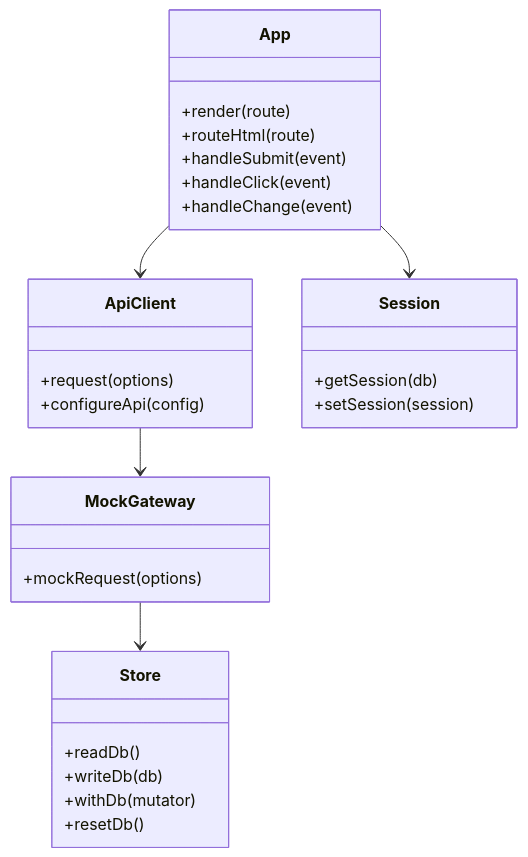
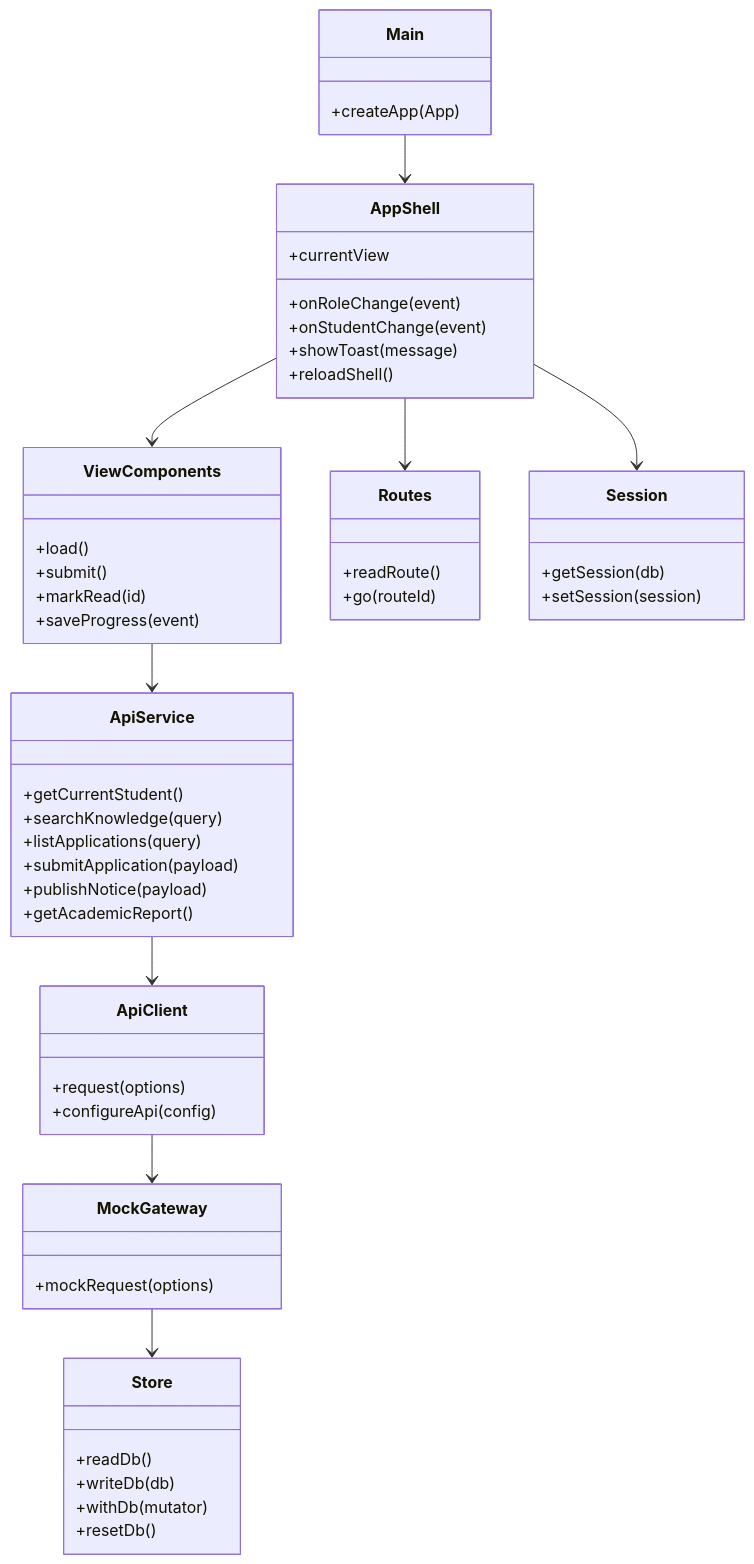
Diagram 14 of 18 in docs/software-design-specification.md (Mortpwr/software_team), drawn with Mermaid before and after one commit. The commit also changed other lines of this file, not shown here.

````diff
--- a/docs/software-design-specification.md
+++ b/docs/software-design-specification.md
@@ -675,36 +686,65 @@
 ```mermaid
 classDiagram
-    class App {
-        +render(route)
-        +routeHtml(route)
-        +handleSubmit(event)
-        +handleClick(event)
-        +handleChange(event)
+    class Main {
+        +createApp(App)
+    }
+
+    class AppShell {
+        +currentView
+        +onRoleChange(event)
+        +onStudentChange(event)
+        +showToast(message)
+        +reloadShell()
+    }
+
+    class ViewComponents {
+        +load()
+        +submit()
+        +markRead(id)
+        +saveProgress(event)
+    }
+
+    class ApiService {
+        +getCurrentStudent()
+        +searchKnowledge(query)
+        +listApplications(query)
+        +submitApplication(payload)
+        +publishNotice(payload)
+        +getAcademicReport()
     }
 
     class ApiClient {
         +request(options)
         +configureApi(config)
+    }
+
+    class Routes {
+        +readRoute()
+        +go(routeId)
     }
 
     class MockGateway {
         +mockRequest(options)
     }
 
     class Store {
         +readDb()
         +writeDb(db)
         +withDb(mutator)
         +resetDb()
     }
 
     class Session {
         +getSession(db)
         +setSession(session)
     }
 
-    App --> ApiClient
+    Main --> AppShell
+    AppShell --> ViewComponents
+    AppShell --> Routes
+    AppShell --> Session
+    ViewComponents --> ApiService
+    ApiService --> ApiClient
     ApiClient --> MockGateway
     MockGateway --> Store
-    App --> Session
 ```
````
